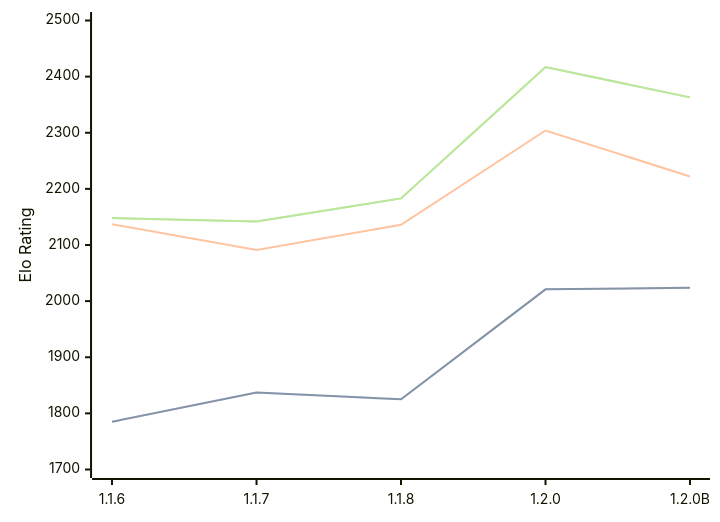
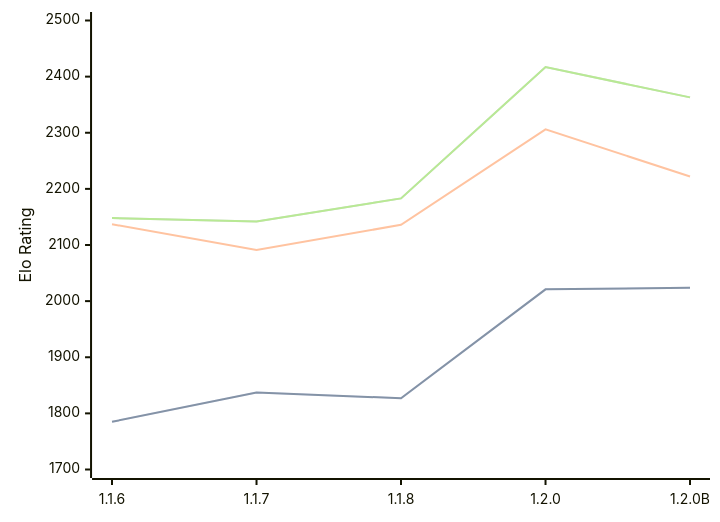
One commit to computer-chess-index/cci changed the diagram in engines/Soomi.md. Above: the diagram before and after it, drawn with Mermaid. The commit also changed other lines of this file, not shown here.

````diff
--- a/engines/Soomi.md
+++ b/engines/Soomi.md
@@ -35,11 +35,11 @@
 ```mermaid
 %%{init: {"theme":"base","themeVariables":{"seriesColors:['#a3a3a3','#222221','#faa371']}}}%%
 xychart-beta
   x-axis ["1.1.6", "1.1.7", "1.1.8", "1.2.0", "1.2.0B"]
   y-axis "Elo Rating" 1700 --> 2500
-  line "STC (8.0+0.08s)" [1785, 1837, 1825, 2021, 2024]
-  line "STC (8.0+0.08s)" [1785, 1837, 1825, 2021, 2024]
-  line "LTC (60.0+0.60s)" [2137, 2091, 2136, 2304, 2222]
+  line "STC (8.0+0.08s)" [1785, 1837, 1827, 2021, 2024]
+  line "STC (8.0+0.08s)" [1785, 1837, 1827, 2021, 2024]
+  line "LTC (60.0+0.60s)" [2137, 2091, 2136, 2306, 2222]
   line "VLTC (2m24s+1.12s)" [2148, 2142, 2183, 2417, 2363]
   line "VLTC (2m24s+1.12s)" [2148, 2142, 2183, 2417, 2363]
 ```
````
